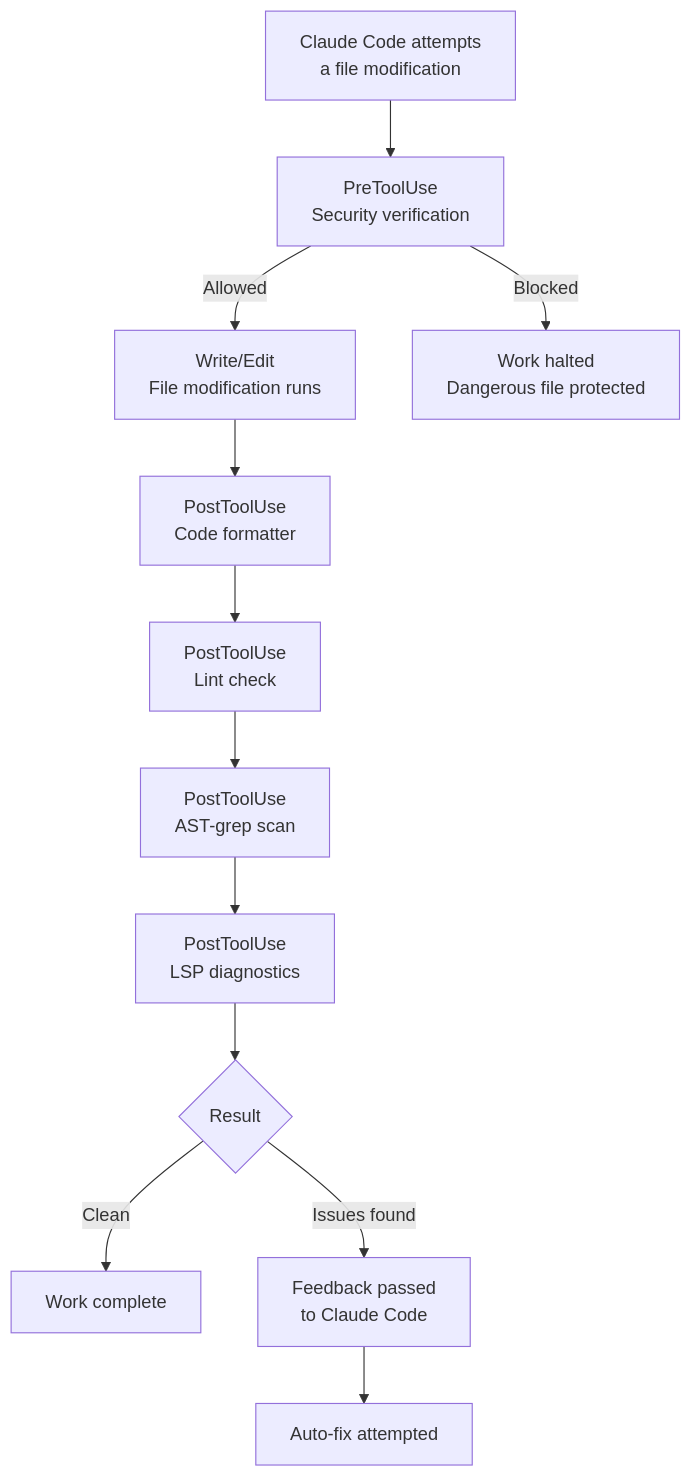
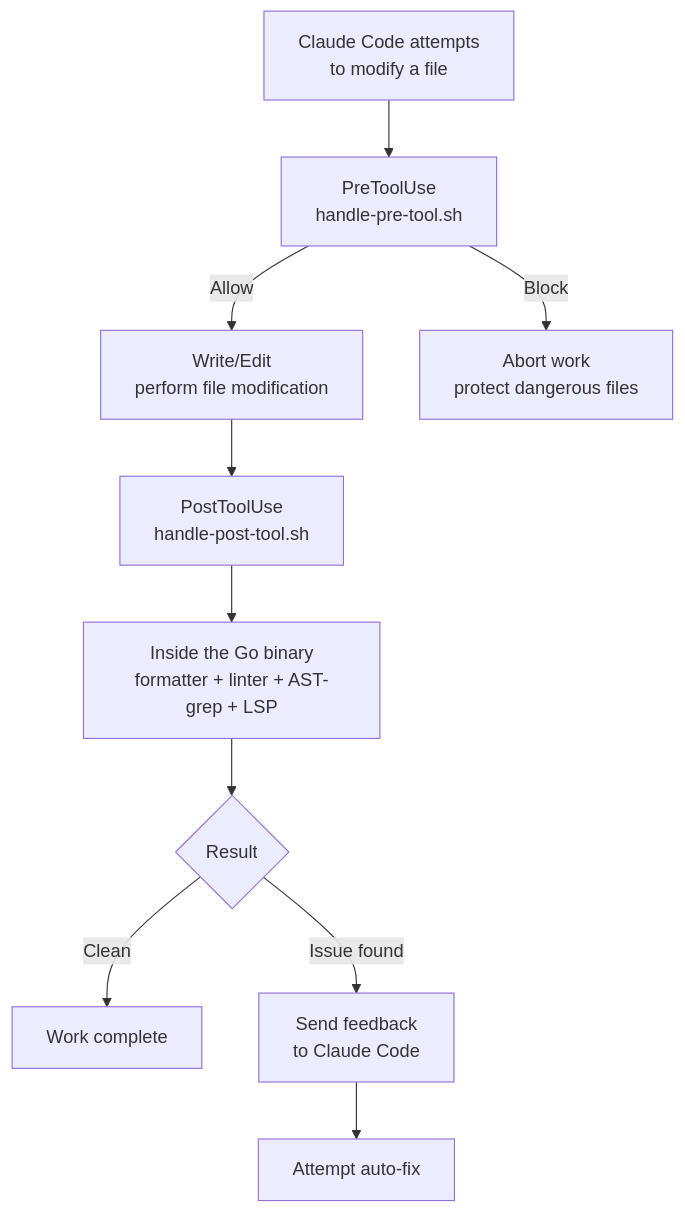
Before and after one commit to modu-ai/moai-adk: the second of 2 diagrams in docs-site/content/en/advanced/hooks-guide.md, drawn with Mermaid. The commit also changed other lines of this file and 180 other files, not shown here.

````diff
--- a/docs-site/content/en/advanced/hooks-guide.md
+++ b/docs-site/content/en/advanced/hooks-guide.md
@@ -147,17 +147,15 @@
 ```mermaid
 flowchart TD
-    A["Claude Code attempts<br>a file modification"] --> B["PreToolUse<br>Security verification"]
+    A["Claude Code attempts<br>to modify a file"] --> B["PreToolUse<br>handle-pre-tool.sh"]
 
-    B -->|Allowed| C["Write/Edit<br>File modification runs"]
-    B -->|Blocked| BLOCK["Work halted<br>Dangerous file protected"]
+    B -->|Allow| C["Write/Edit<br>perform file modification"]
+    B -->|Block| BLOCK["Abort work<br>protect dangerous files"]
 
-    C --> D["PostToolUse<br>Code formatter"]
-    D --> E["PostToolUse<br>Lint check"]
-    E --> F["PostToolUse<br>AST-grep scan"]
-    F --> G["PostToolUse<br>LSP diagnostics"]
+    C --> D["PostToolUse<br>handle-post-tool.sh"]
+    D --> D1["Inside the Go binary<br>formatter + linter + AST-grep + LSP"]
 
-    G --> H{Result}
+    D1 --> H{Result}
     H -->|Clean| I["Work complete"]
-    H -->|Issues found| J["Feedback passed<br>to Claude Code"]
-    J --> K["Auto-fix attempted"]
+    H -->|Issue found| J["Send feedback<br>to Claude Code"]
+    J --> K["Attempt auto-fix"]
 ```
````
